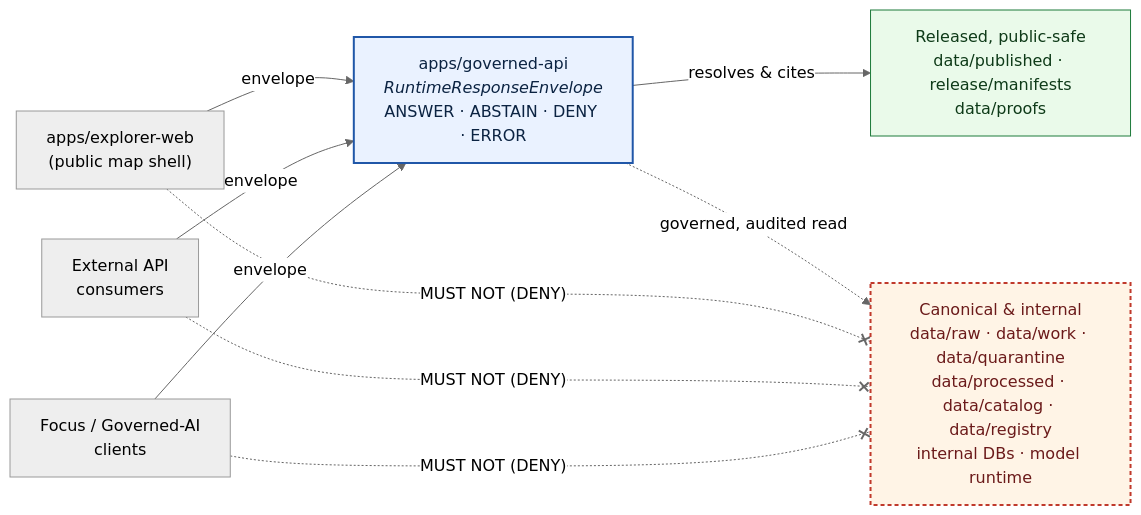
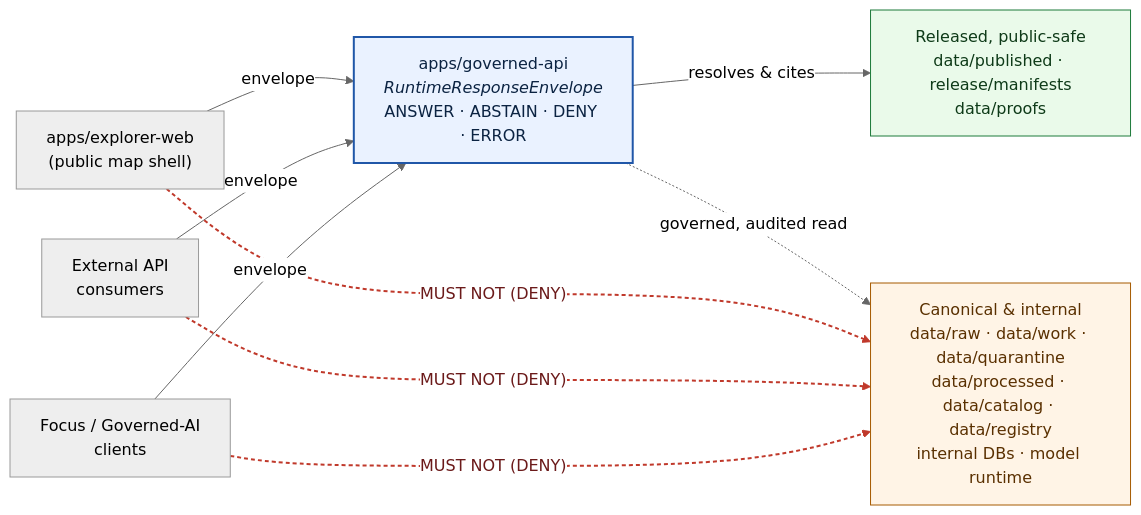
One commit to bartytime4life/Kansas-Frontier-Matrix changed the diagram in docs/adr/ADR-0025-public-client-never-reads-canonical-internal-stores.md. Above: the diagram before and after it, drawn with Mermaid (neutral theme). The commit also changed other lines of this file, not shown here.

````diff
--- a/docs/adr/ADR-0025-public-client-never-reads-canonical-internal-stores.md
+++ b/docs/adr/ADR-0025-public-client-never-reads-canonical-internal-stores.md
@@ -165,28 +187,29 @@
 ```mermaid
 flowchart LR
     classDef membrane fill:#eaf2ff,stroke:#2057a8,stroke-width:2px,color:#0b2342
     classDef released fill:#eafaea,stroke:#1d7a3a,color:#0e3a18
     classDef canon fill:#fff4e6,stroke:#a65a00,color:#5a3000
-    classDef forbidden stroke:#c0392b,stroke-width:2px,stroke-dasharray:4 3,color:#6b1a1a
 
     UI["apps/explorer-web<br/>(public map shell)"]
     EXT["External API<br/>consumers"]
     AI["Focus / Governed-AI<br/>clients"]
 
     GAPI["apps/governed-api<br/><i>RuntimeResponseEnvelope</i><br/>ANSWER · ABSTAIN · DENY · ERROR"]:::membrane
 
     REL["Released, public-safe<br/>data/published · release/manifests<br/>data/proofs"]:::released
 
     CANON["Canonical &amp; internal<br/>data/raw · data/work · data/quarantine<br/>data/processed · data/catalog · data/registry<br/>internal DBs · model runtime"]:::canon
 
     UI -->|envelope| GAPI
     EXT -->|envelope| GAPI
     AI -->|envelope| GAPI
 
     GAPI -->|"resolves &amp; cites"| REL
     GAPI -.->|"governed, audited read"| CANON
 
-    UI -. "MUST NOT (DENY)" .-x CANON:::forbidden
-    EXT -. "MUST NOT (DENY)" .-x CANON:::forbidden
-    AI -. "MUST NOT (DENY)" .-x CANON:::forbidden
+    UI -.->|"MUST NOT (DENY)"| CANON
+    EXT -.->|"MUST NOT (DENY)"| CANON
+    AI -.->|"MUST NOT (DENY)"| CANON
+
+    linkStyle 5,6,7 stroke:#c0392b,stroke-width:2px,stroke-dasharray:4 3,color:#6b1a1a
 ```
````
